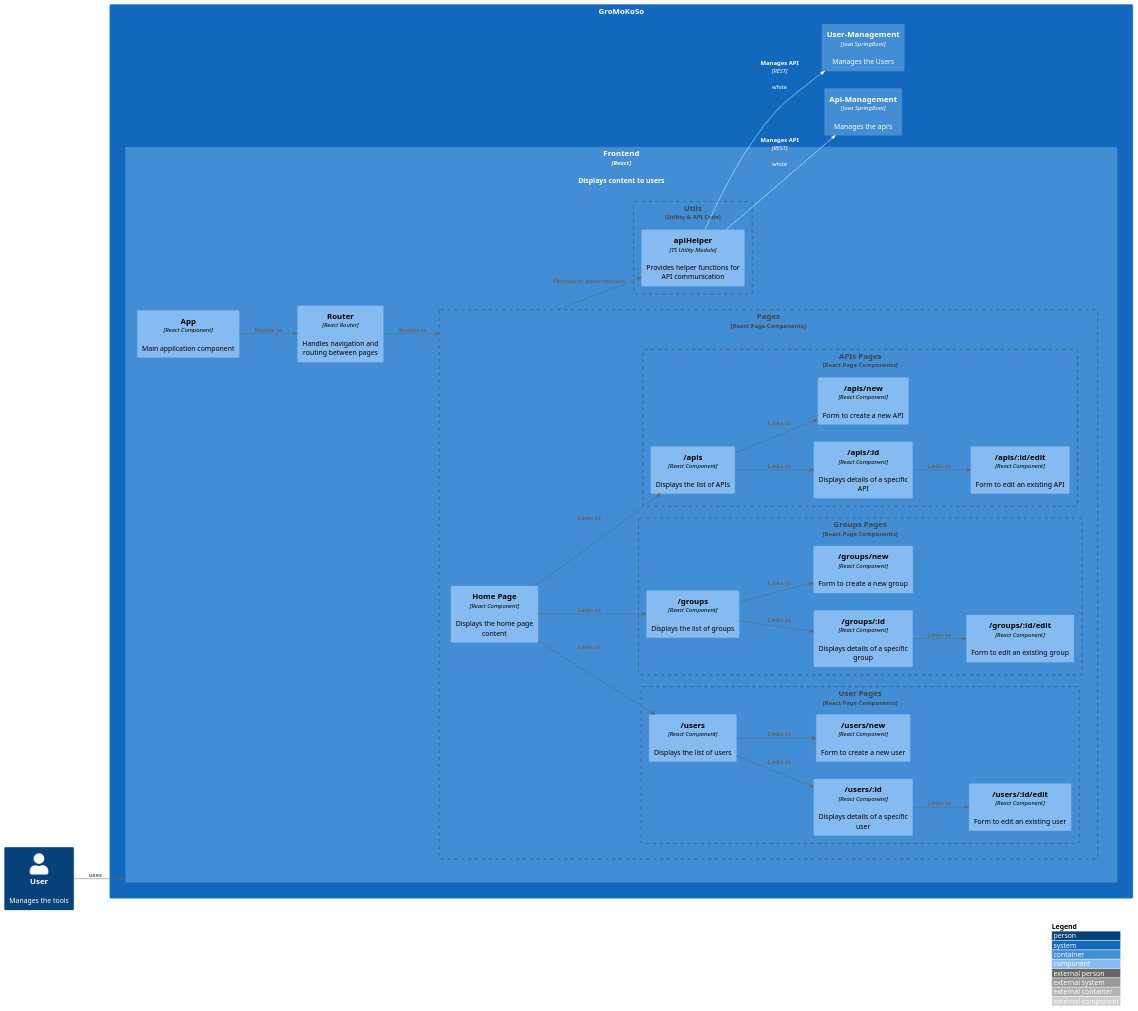
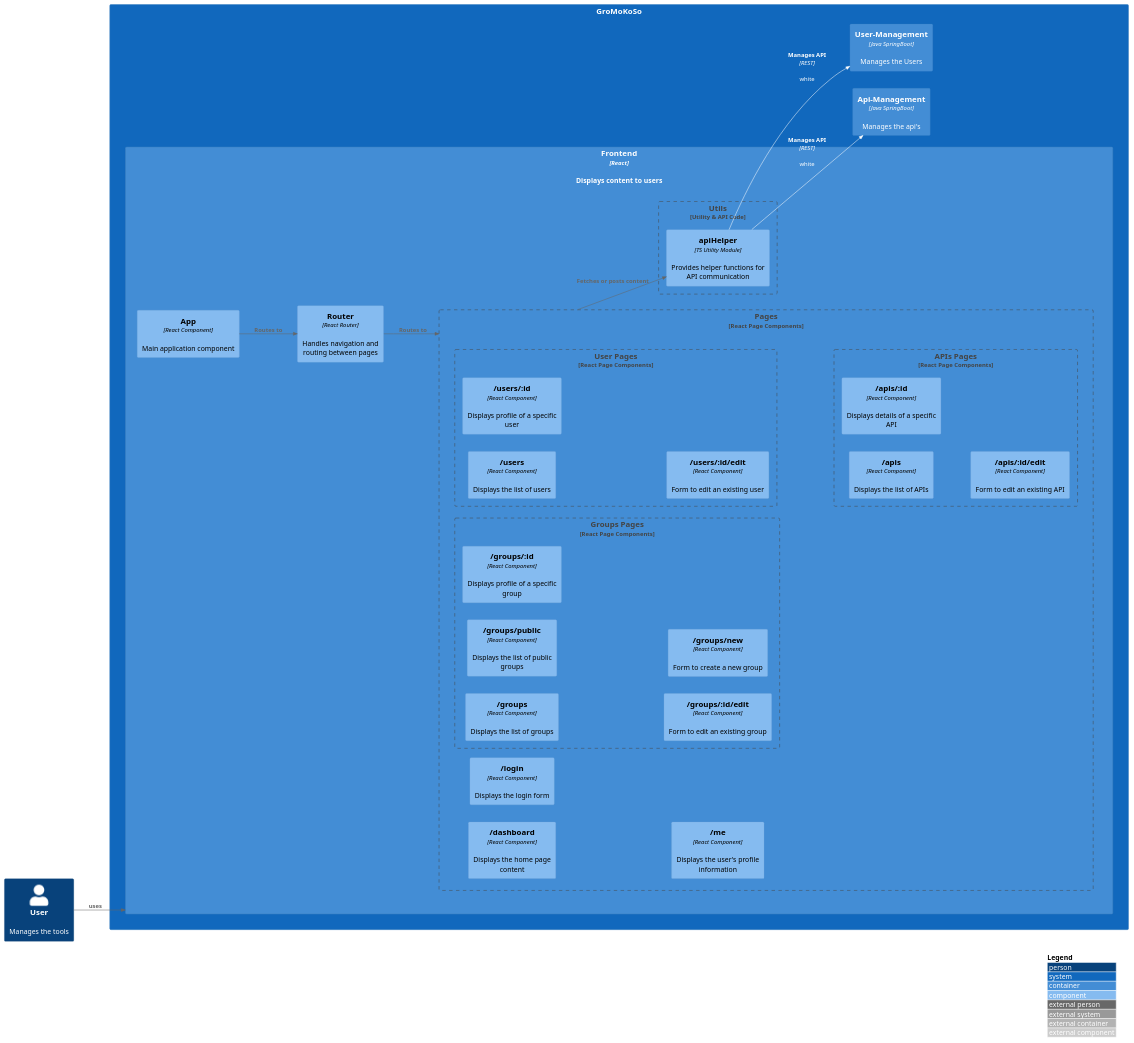
One commit to GroMoKoSo/UserInterface changed the diagram in docs/diagram.puml. Above: the diagram before and after it, drawn with PlantUML.

Commit message:
corrects the diagram

```diff
--- a/docs/diagram.puml
+++ b/docs/diagram.puml
@@ -1,80 +1,65 @@
 @startuml C4_Component
 !include https://raw.githubusercontent.com/plantuml-stdlib/C4-PlantUML/master/C4_Component.puml
 
 
 LAYOUT_WITH_LEGEND()
 LAYOUT_LEFT_RIGHT()
 
 
 Person(user, "User", "Manages the tools")
 
 System(gromokoso, "GroMoKoSo") {
     Container(reactApp, "Frontend", "React", "Displays content to users") {
         Component(router, "Router", "React Router", "Handles navigation and routing between pages")
         Component(app, "App", "React Component", "Main application component")
 
         Boundary(pages, "Pages", "React Page Components") {
-            Component(homePage, "Home Page", "React Component", "Displays the home page content")
+            Component(homePage, "/dashboard", "React Component", "Displays the home page content")
+            Component(loginPage, "/login", "React Component", "Displays the login form")
+            Component(myProfilePage, "/me", "React Component", "Displays the user's profile information")
             
             Boundary(userPages, "User Pages", "React Page Components") {
                 Component(users, "/users", "React Component", "Displays the list of users")
-                Component(userDetails, "/users/:id", "React Component", "Displays details of a specific user")
+                Component(userDetails, "/users/:id", "React Component", "Displays profile of a specific user")
                 Component(userEdit, "/users/:id/edit", "React Component", "Form to edit an existing user")
-                Component(userNew, "/users/new", "React Component", "Form to create a new user")
             }
 
             Boundary(groupsPages, "Groups Pages", "React Page Components") {
                 Component(groups, "/groups", "React Component", "Displays the list of groups")
-                Component(groupDetails, "/groups/:id", "React Component", "Displays details of a specific group")
+                Component(groupsPublic, "/groups/public", "React Component", "Displays the list of public groups")
+                Component(groupDetails, "/groups/:id", "React Component", "Displays profile of a specific group")
                 Component(groupEdit, "/groups/:id/edit", "React Component", "Form to edit an existing group")
                 Component(groupNew, "/groups/new", "React Component", "Form to create a new group")
             }
 
             Boundary(apisPages, "APIs Pages", "React Page Components") {
                 Component(apis, "/apis", "React Component", "Displays the list of APIs")
                 Component(apiDetails, "/apis/:id", "React Component", "Displays details of a specific API")
                 Component(apiEdit, "/apis/:id/edit", "React Component", "Form to edit an existing API")
-                Component(apiNew, "/apis/new", "React Component", "Form to create a new API")
             }    
+
         }
 
         Boundary(utils, "Utils", "Utility & API Code") {
             Component(apiHelper, "apiHelper", "TS Utility Module", "Provides helper functions for API communication")
             'Component(httpClient, "HTTP Client", "Axios", "Handles HTTP requests to the CMS")
         }
     }
     Container(apiManagement, "Api-Management", "Java SpringBoot", "Manages the api's")
     Container(userManagement, "User-Management", "Java SpringBoot", "Manages the Users")
 }
 
 AddRelTag("white", $textColor="white", $lineColor="white")
 
 
 Rel(user, reactApp, "uses")
 
 Rel(app, router, "Routes to")
 Rel(router, pages, "Routes to")
 Rel(pages, apiHelper, "Fetches or posts content")
 
 Rel(apiHelper, apiManagement, "Manages API", "REST", "white", $tags='white') 
 Rel(apiHelper, userManagement, "Manages API", "REST", "white", $tags='white')
 
-' >> Pages
-
-Rel(homePage, users, "Links to")
-Rel(homePage, groups, "Links to")
-Rel(homePage, apis, "Links to")
-
-Rel(users, userDetails, "Links to")
-Rel(users, userNew, "Links to")
-Rel(userDetails, userEdit, "Links to")
-
-Rel(groups, groupDetails, "Links to")
-Rel(groups, groupNew, "Links to")
-Rel(groupDetails, groupEdit, "Links to")
-
-Rel(apis, apiDetails, "Links to")
-Rel(apis, apiNew, "Links to")
-Rel(apiDetails, apiEdit, "Links to")
 
 @enduml
```
